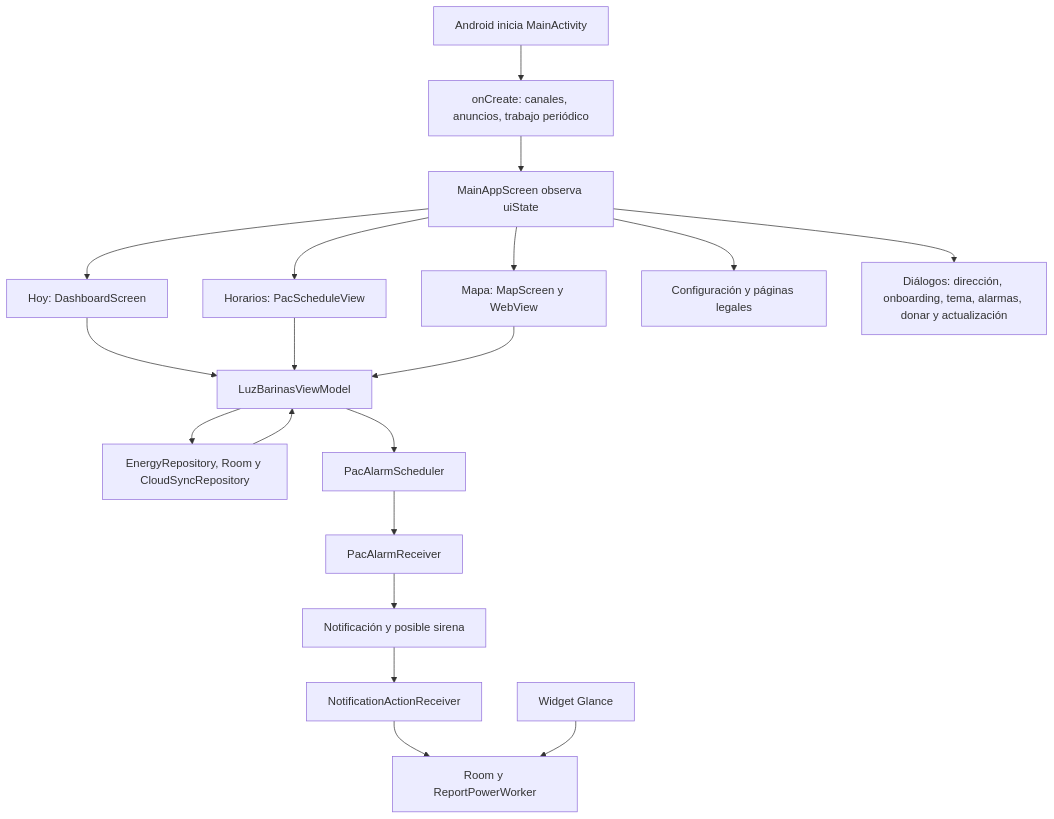
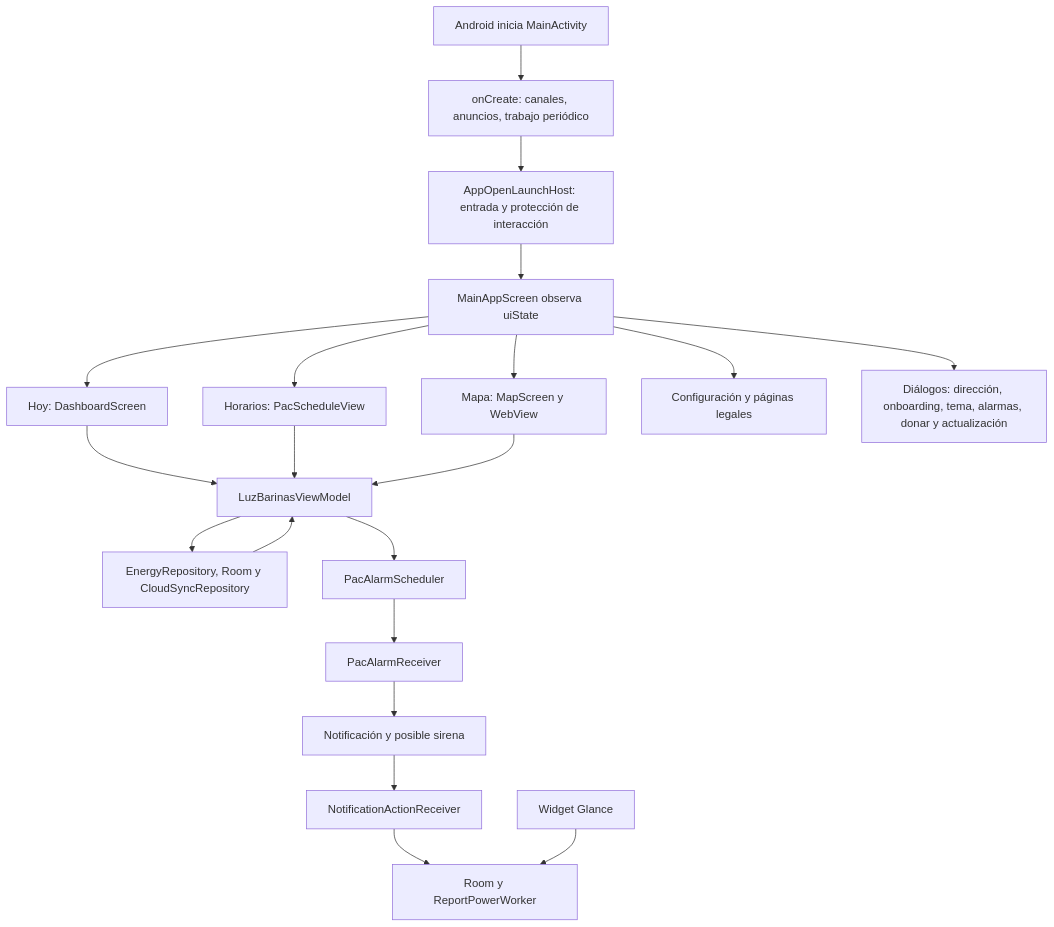
Before and after one commit to Ralag/luz-barinas-android: the diagram in docs/codigo/03-android-interfaz-y-segundo-plano.md, drawn with Mermaid. The commit also changed other lines of this file and 2 other files, not shown here.

````diff
--- a/docs/codigo/03-android-interfaz-y-segundo-plano.md
+++ b/docs/codigo/03-android-interfaz-y-segundo-plano.md
@@ -13,21 +13,22 @@
 ```mermaid
 flowchart TD
   A[Android inicia MainActivity] --> B[onCreate: canales, anuncios, trabajo periódico]
-  B --> C[MainAppScreen observa uiState]
+  B --> Q[AppOpenLaunchHost: entrada y protección de interacción]
+  Q --> C[MainAppScreen observa uiState]
   C --> D[Hoy: DashboardScreen]
   C --> E[Horarios: PacScheduleView]
   C --> F[Mapa: MapScreen y WebView]
   C --> G[Configuración y páginas legales]
   C --> H[Diálogos: dirección, onboarding, tema, alarmas, donar y actualización]
   D --> I[LuzBarinasViewModel]
   E --> I
   F --> I
   I --> J[EnergyRepository, Room y CloudSyncRepository]
   J --> I
   I --> K[PacAlarmScheduler]
   K --> L[PacAlarmReceiver]
   L --> M[Notificación y posible sirena]
   M --> N[NotificationActionReceiver]
   N --> O[Room y ReportPowerWorker]
   P[Widget Glance] --> O
 ```
````
